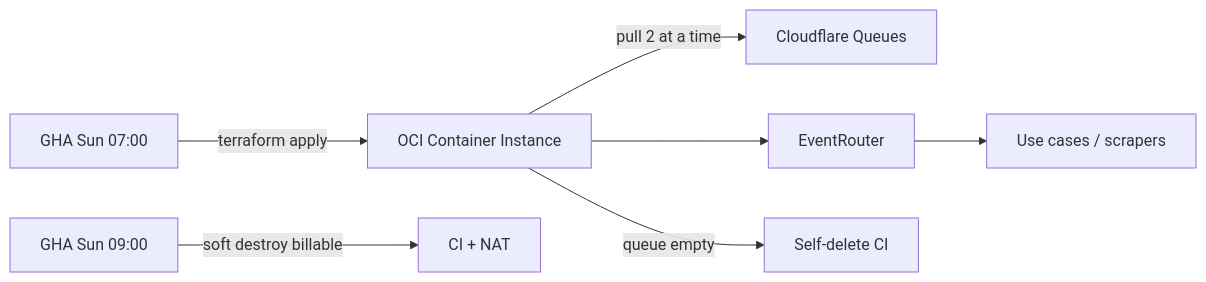
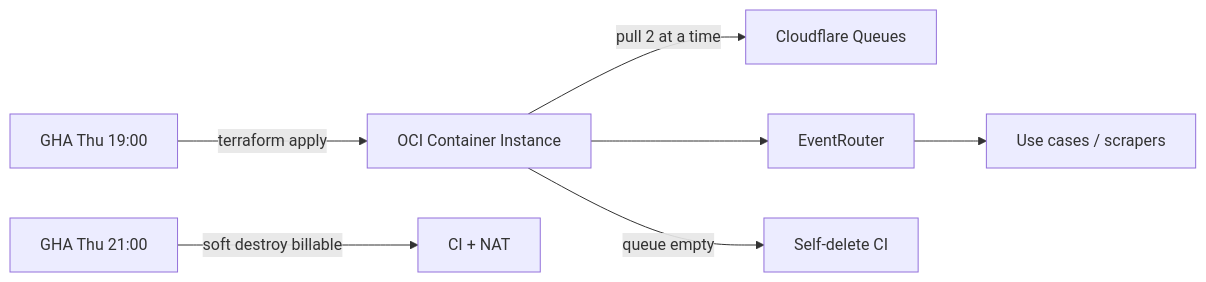
Before and after one commit to emmanuelviniciusdev/SkyDIIV--backstage: the diagram in apps/robot-shopping-suggestions/README.md, drawn with Mermaid. The commit also changed other lines of this file and 8 other files, not shown here.

````diff
--- a/apps/robot-shopping-suggestions/README.md
+++ b/apps/robot-shopping-suggestions/README.md
@@ -72,9 +72,9 @@
 ```mermaid
 flowchart LR
-  GHA[GHA Sun 07:00] -->|terraform apply| CI[OCI Container Instance]
+  GHA[GHA Thu 19:00] -->|terraform apply| CI[OCI Container Instance]
   CI -->|pull 2 at a time| CFQ[Cloudflare Queues]
   CI --> Router[EventRouter]
   Router --> UC[Use cases / scrapers]
   CI -->|queue empty| SelfDel[Self-delete CI]
-  GHA2[GHA Sun 09:00] -->|soft destroy billable| Stack[CI + NAT]
+  GHA2[GHA Thu 21:00] -->|soft destroy billable| Stack[CI + NAT]
 ```
````
